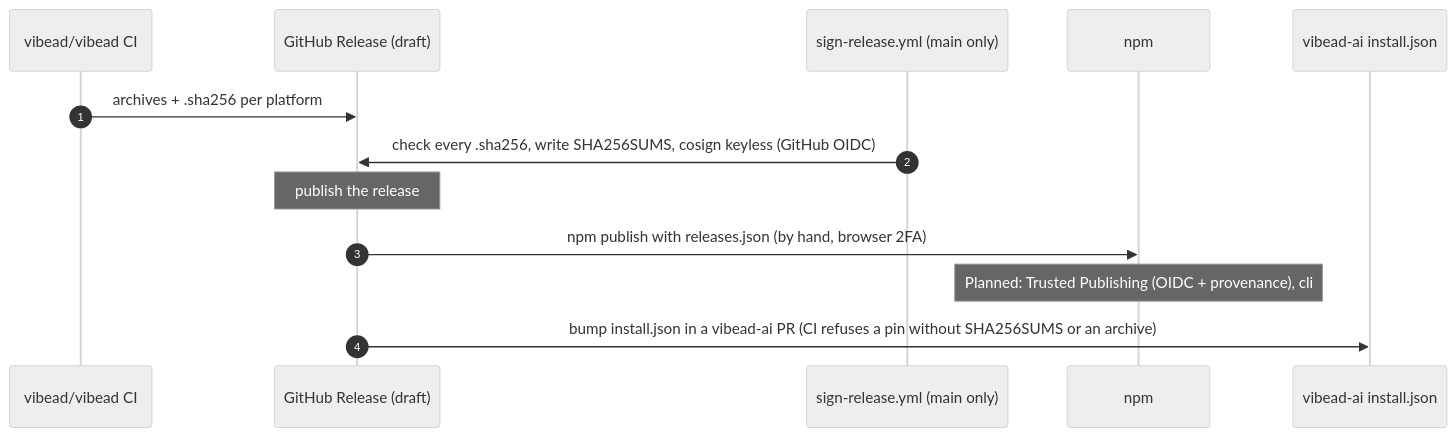
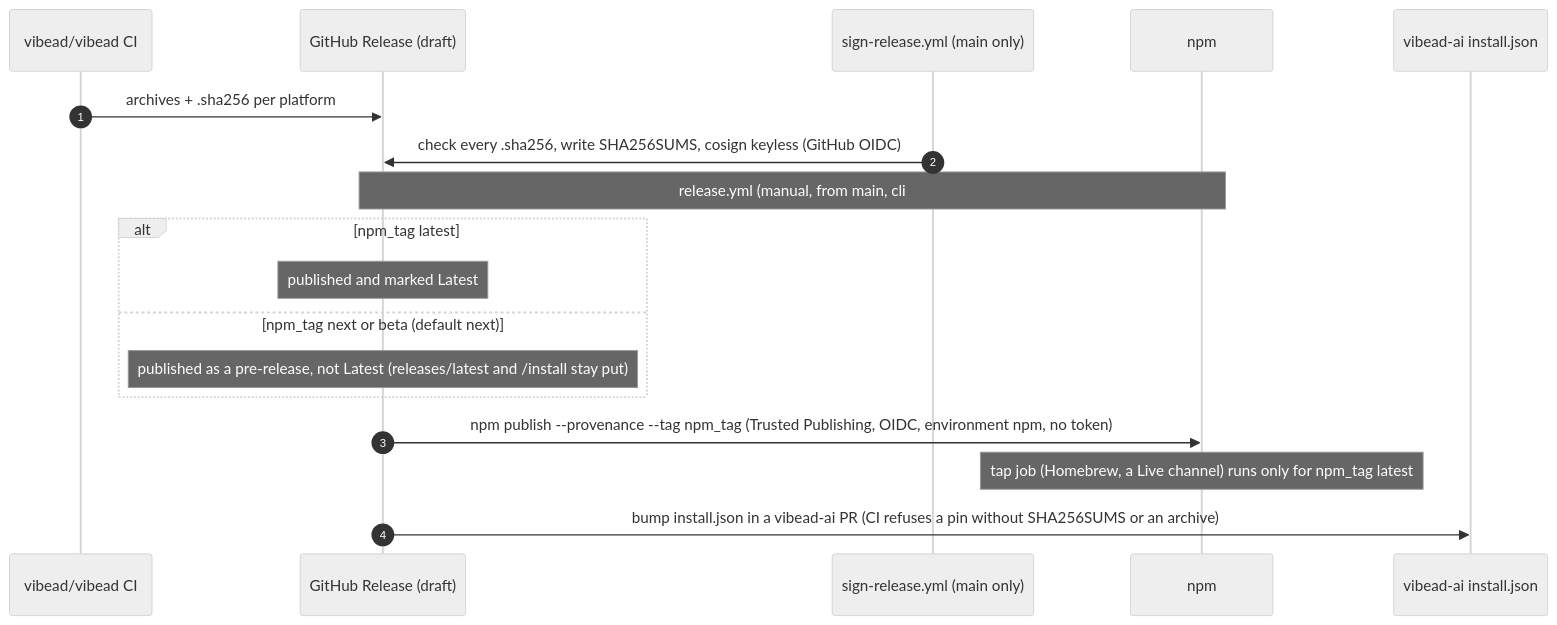
One commit to vibead/cli changed the second of 2 diagrams in docs/system-design/README.md. Above: the diagram before and after it, drawn with Mermaid (neutral theme). The commit also changed other lines of this file and 6 other files, not shown here.

First line of the commit message:
Release workflow: npm Trusted Publishing (OIDC + provenance), sign, Latest, tap (#30)

````diff
--- a/docs/system-design/README.md
+++ b/docs/system-design/README.md
@@ -61,15 +61,20 @@
 ```mermaid
 sequenceDiagram
   autonumber
   participant Src as vibead/vibead CI
   participant R as GitHub Release (draft)
   participant S as sign-release.yml (main only)
   participant N as npm
   participant Site as vibead-ai install.json
   Src->>R: archives + .sha256 per platform
   S->>R: check every .sha256, write SHA256SUMS, cosign keyless (GitHub OIDC)
-  Note over R: publish the release
-  R->>N: npm publish with releases.json (by hand, browser 2FA)
-  Note over N: Planned: Trusted Publishing (OIDC + provenance), cli#30
+  Note over R,N: release.yml (manual, from main, cli#30): check, sign, then publish-release
+  alt npm_tag latest
+    Note over R: published and marked Latest
+  else npm_tag next or beta (default next)
+    Note over R: published as a pre-release, not Latest (releases/latest and /install stay put)
+  end
+  R->>N: npm publish --provenance --tag npm_tag (Trusted Publishing, OIDC, environment npm, no token)
+  Note over N: tap job (Homebrew, a Live channel) runs only for npm_tag latest
   R->>Site: bump install.json in a vibead-ai PR (CI refuses a pin without SHA256SUMS or an archive)
 ```
````
